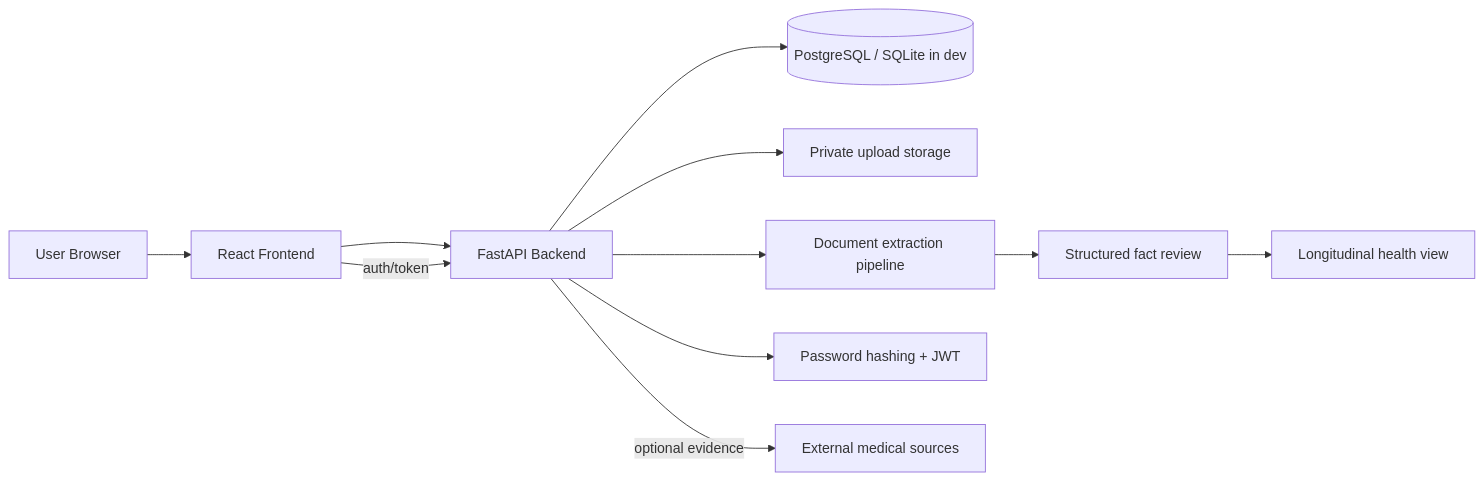
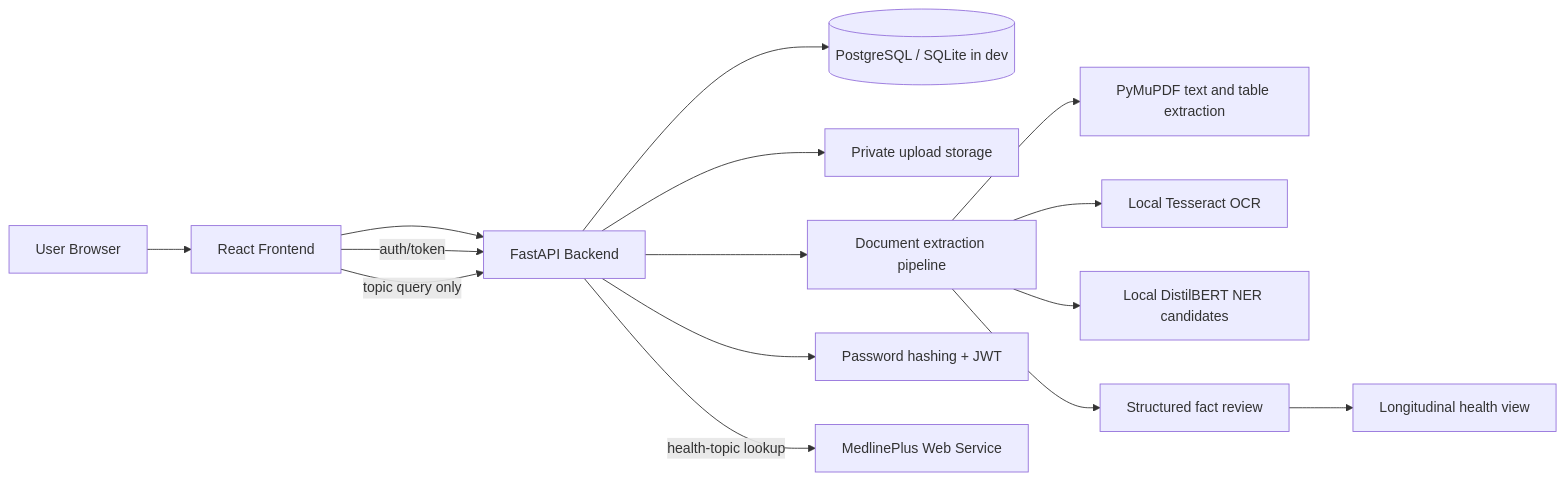
The diagram in docs/architecture.md (ShaheemShaik26/MediCare), drawn with Mermaid before and after one commit. The commit also changed other lines of this file and 34 other files, not shown here.

````diff
--- a/docs/architecture.md
+++ b/docs/architecture.md
@@ -3,13 +3,17 @@
 ```mermaid
 flowchart LR
     U[User Browser] --> FE[React Frontend]
     FE --> API[FastAPI Backend]
     API --> DB[(PostgreSQL / SQLite in dev)]
     API --> STORAGE[Private upload storage]
     API --> EXTRACT[Document extraction pipeline]
+    EXTRACT --> PDF[PyMuPDF text and table extraction]
+    EXTRACT --> OCR[Local Tesseract OCR]
+    EXTRACT --> NER[Local DistilBERT NER candidates]
     EXTRACT --> FACTS[Structured fact review]
     FACTS --> TIMELINE[Longitudinal health view]
     API --> AUTH[Password hashing + JWT]
     FE -->|auth/token| API
-    API -->|optional evidence| MED[External medical sources]
+    FE -->|topic query only| API
+    API -->|health-topic lookup| MED[MedlinePlus Web Service]
 ```
````
